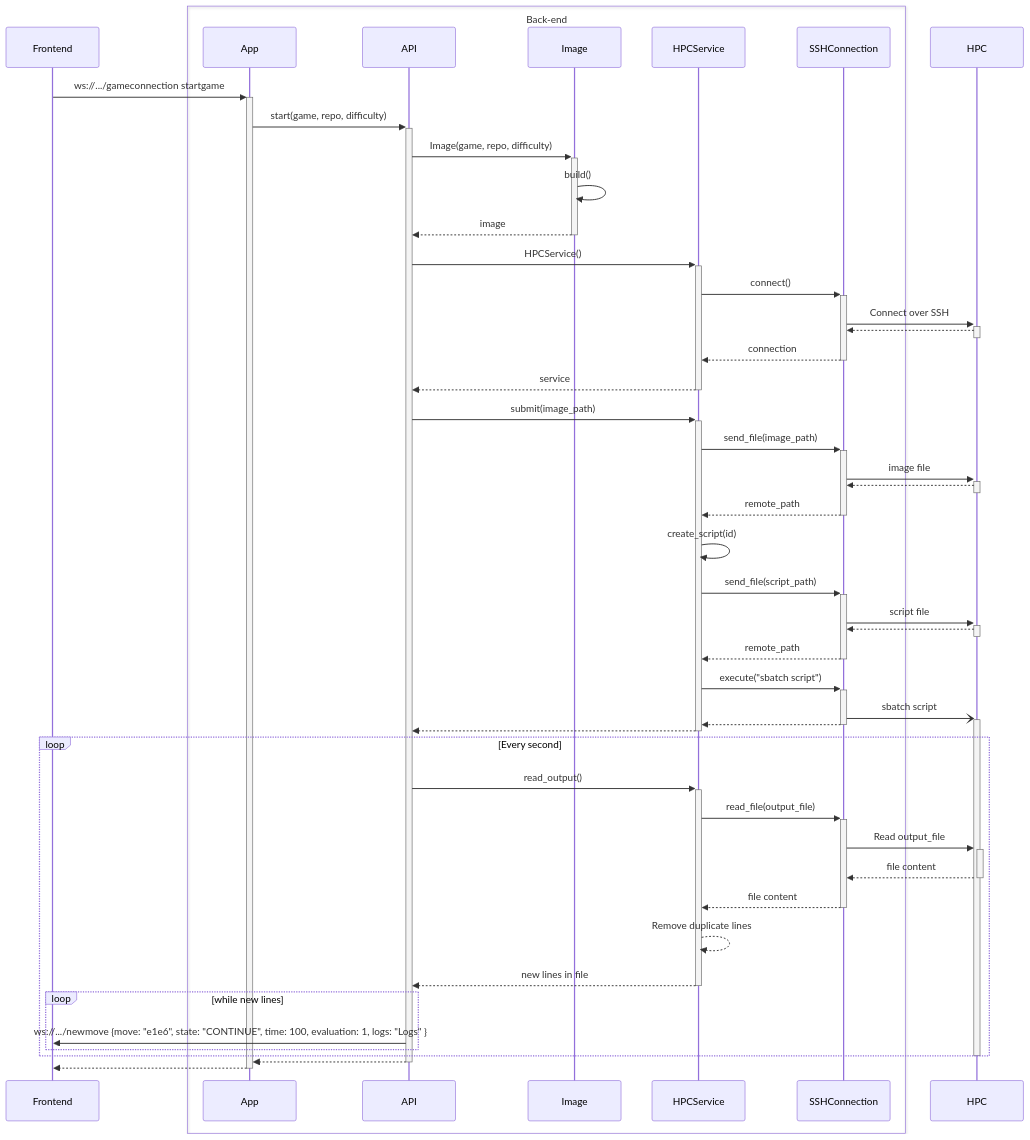
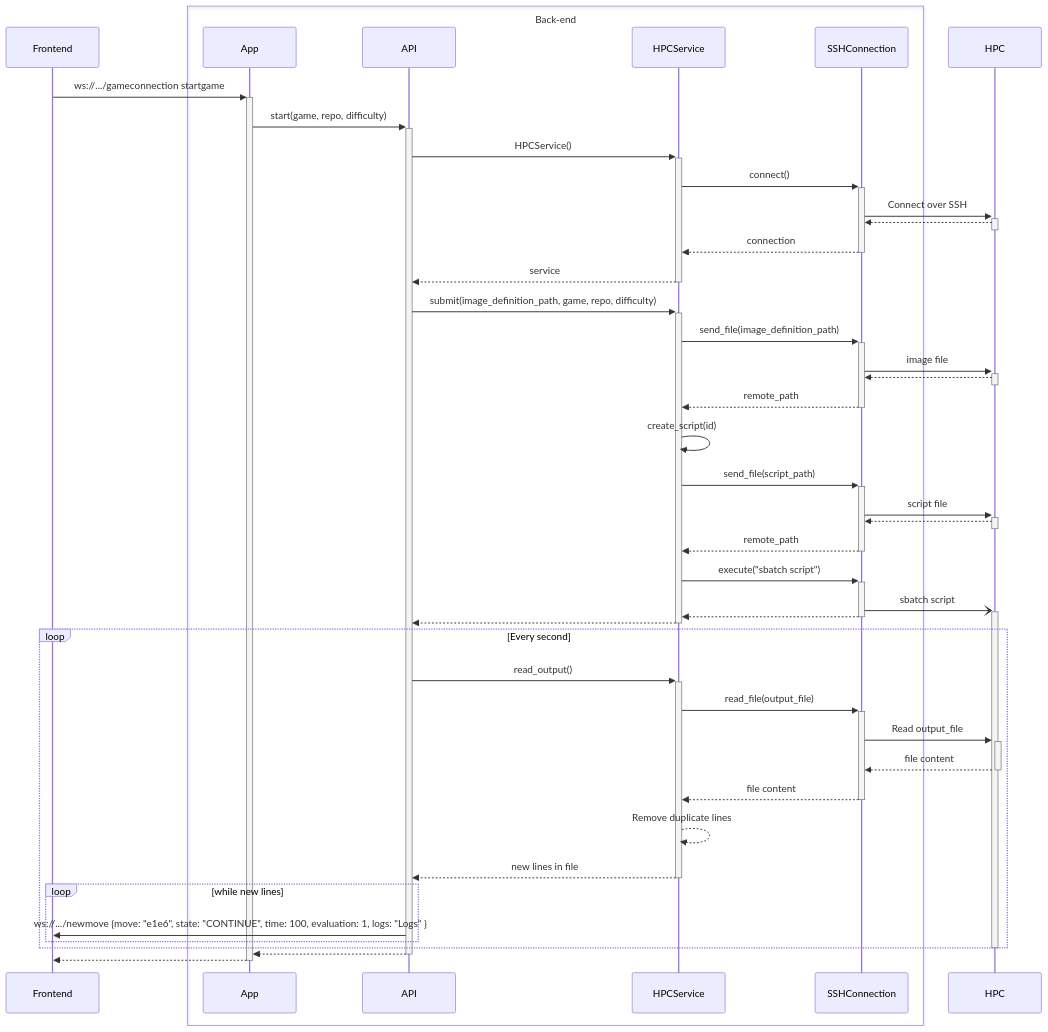
Before and after one commit to game-ai-platform-team/tira-ai-platform: the second of 5 diagrams in docs/architecture.md, drawn with Mermaid. The commit also changed other lines of this file, not shown here.

Commit message:
docs(#130): Remove Image class

````diff
--- a/docs/architecture.md
+++ b/docs/architecture.md
@@ -53,67 +53,63 @@
 ```mermaid
 sequenceDiagram
 
 participant Frontend
 
 box Back-end
     participant App
     participant API
-    participant Image
     participant HPCService
     participant SSHConnection
 end
 
 Frontend ->>+ App: ws://.../gameconnection startgame
 
 App ->>+ API: start(game, repo, difficulty)
-API ->>+ Image: Image(game, repo, difficulty)
-    Image ->> Image: build()
-Image -->>- API: image
 
 API ->>+ HPCService: HPCService()
     HPCService ->>+ SSHConnection: connect()
     SSHConnection ->>+ HPC: Connect over SSH
     HPC -->>- SSHConnection: 
     SSHConnection -->>- HPCService: connection
 HPCService -->>- API: service
 
-API ->>+ HPCService: submit(image_path)
-    HPCService ->>+ SSHConnection: send_file(image_path)
+API ->>+ HPCService: submit(image_definition_path, game, repo, difficulty)
+    HPCService ->>+ SSHConnection: send_file(image_definition_path)
         SSHConnection ->>+ HPC: image file
         HPC -->>- SSHConnection: 
     SSHConnection -->>- HPCService: remote_path
 
     HPCService ->> HPCService: create_script(id)
 
     HPCService ->>+ SSHConnection: send_file(script_path)
         SSHConnection ->>+ HPC: script file
         HPC -->>- SSHConnection: 
     SSHConnection -->>- HPCService: remote_path
 
     HPCService ->>+ SSHConnection: execute("sbatch script")
         SSHConnection -)+ HPC: sbatch script
         
     SSHConnection -->>- HPCService: 
 HPCService -->>- API: 
 
 loop Every second
     API ->>+ HPCService: read_output()
         HPCService ->>+ SSHConnection: read_file(output_file)
         SSHConnection ->>+ HPC: Read output_file
         HPC -->>- SSHConnection: file content
         SSHConnection -->>- HPCService: file content
 
         HPCService -->> HPCService: Remove duplicate lines
 
     HPCService -->>- API: new lines in file
 
     loop while new lines
         API ->> Frontend: ws://.../newmove {move: "e1e6", state: "CONTINUE", time: 100, evaluation: 1, logs: "Logs" }
     end
 end
 
 deactivate HPC
 
 API -->>- App: 
 App -->>- Frontend: 
 ```
````
